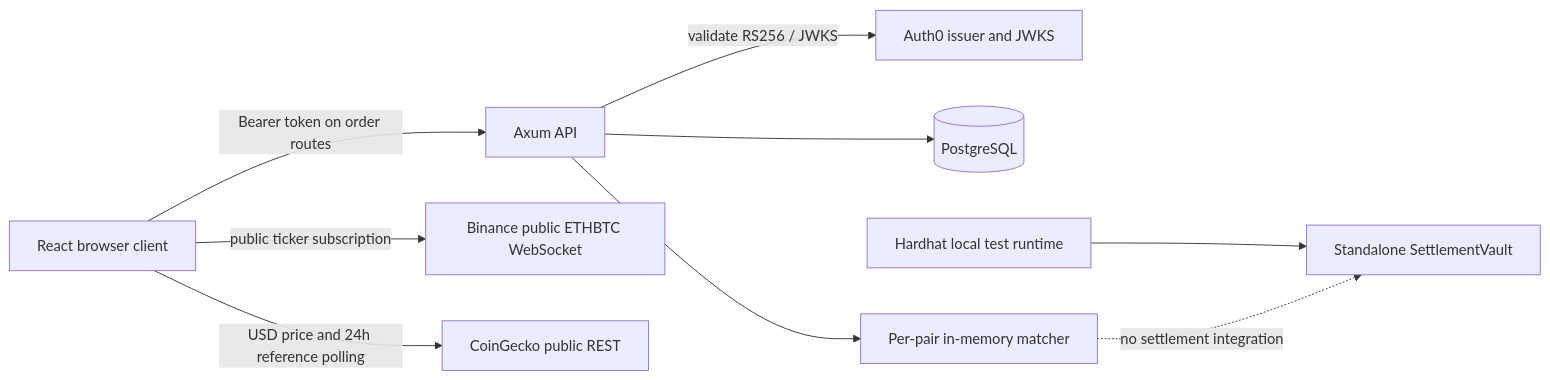
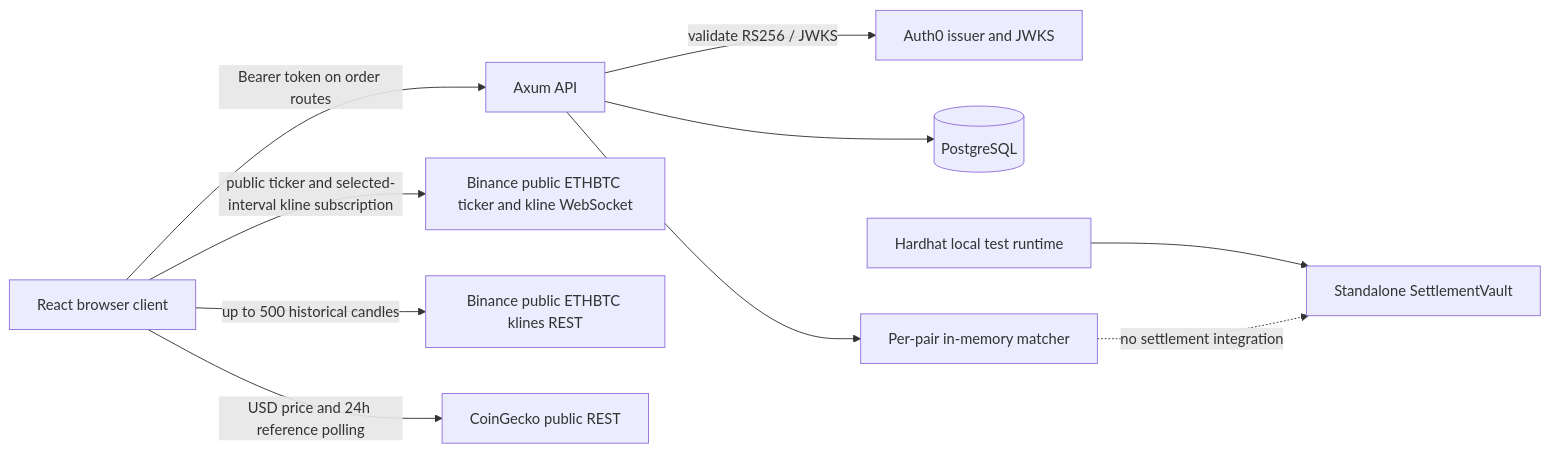
One commit to ASHUTOSH-06-SONI/DexSYS changed the diagram in docs/02-design/system-architecture.md. Above: the diagram before and after it, drawn with Mermaid. The commit also changed other lines of this file and 33 other files, not shown here.

Commit message:
feat: add live asset chart and order book depth

````diff
--- a/docs/02-design/system-architecture.md
+++ b/docs/02-design/system-architecture.md
@@ -13,19 +13,21 @@
 ```mermaid
 flowchart LR
   Browser[React browser client]
   Auth0[Auth0 issuer and JWKS]
   API[Axum API]
   DB[(PostgreSQL)]
   Engine[Per-pair in-memory matcher]
-  Binance[Binance public ETHBTC WebSocket]
+  BinanceWS[Binance public ETHBTC ticker and kline WebSocket]
+  BinanceREST[Binance public ETHBTC klines REST]
   CG[CoinGecko public REST]
   Vault[Standalone SettlementVault]
   Browser -->|Bearer token on order routes| API
   API -->|validate RS256 / JWKS| Auth0
   API --> DB
   API --> Engine
-  Browser -->|public ticker subscription| Binance
+  Browser -->|public ticker and selected-interval kline subscription| BinanceWS
+  Browser -->|up to 500 historical candles| BinanceREST
   Browser -->|USD price and 24h reference polling| CG
   Hardhat[Hardhat local test runtime] --> Vault
   Engine -. no settlement integration .-> Vault
 ```
````
